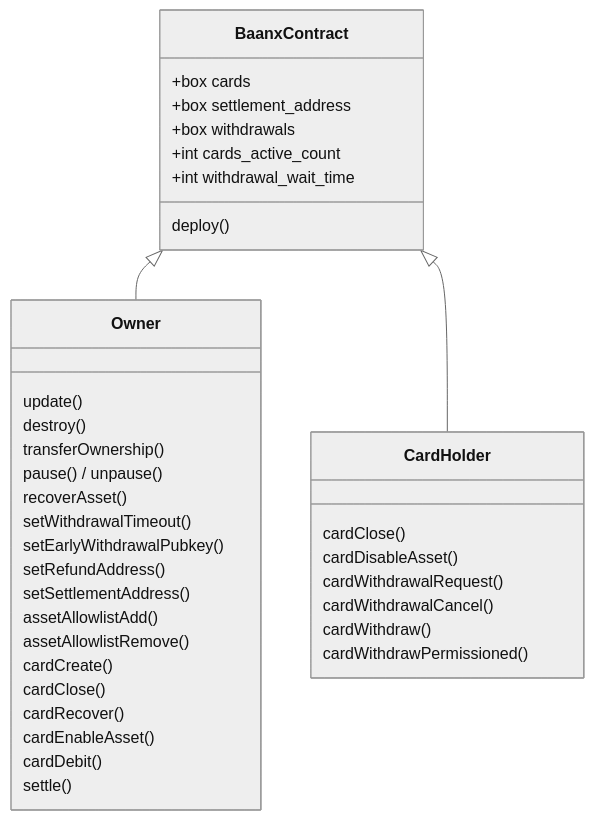
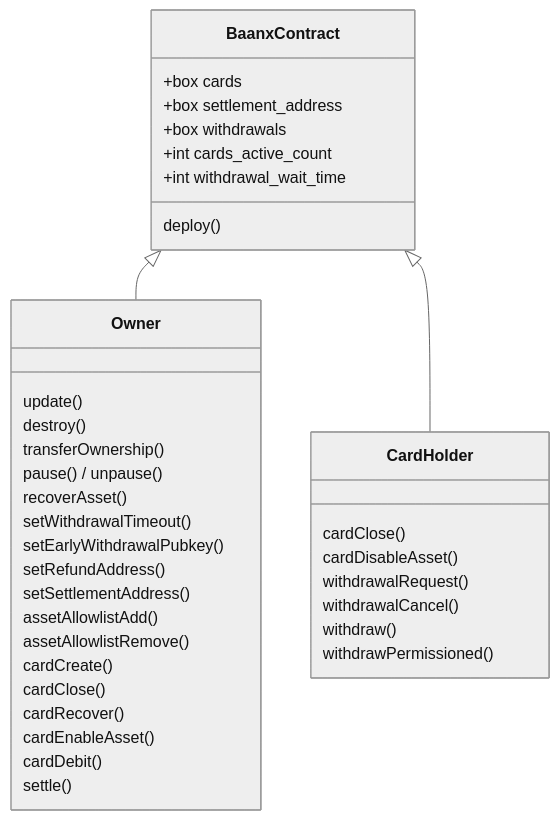
The first of 2 diagrams in README.md (funk-af/baanx-contracts), drawn with Mermaid (neutral theme) before and after one commit. The commit also changed other lines of this file and 12 other files, not shown here.

````diff
--- a/README.md
+++ b/README.md
@@ -157,41 +157,41 @@
 ```mermaid
 classDiagram
     BaanxContract : +box cards
     BaanxContract : +box settlement_address
     BaanxContract : +box withdrawals
     BaanxContract : +int cards_active_count
     BaanxContract : +int withdrawal_wait_time
     BaanxContract : deploy()
 
     BaanxContract <|-- Owner
     BaanxContract <|-- CardHolder
 
     class Owner {
         update()
         destroy()
         transferOwnership()
         pause() / unpause()
         recoverAsset()
         setWithdrawalTimeout()
         setEarlyWithdrawalPubkey()
         setRefundAddress()
         setSettlementAddress()
         assetAllowlistAdd()
         assetAllowlistRemove()
         cardCreate()
         cardClose()
         cardRecover()
         cardEnableAsset()
         cardDebit()
         settle()
     }
 
     class CardHolder {
         cardClose()
         cardDisableAsset()
-        cardWithdrawalRequest()
-        cardWithdrawalCancel()
-        cardWithdraw()
-        cardWithdrawPermissioned()
+        withdrawalRequest()
+        withdrawalCancel()
+        withdraw()
+        withdrawPermissioned()
     }
 ```
````
